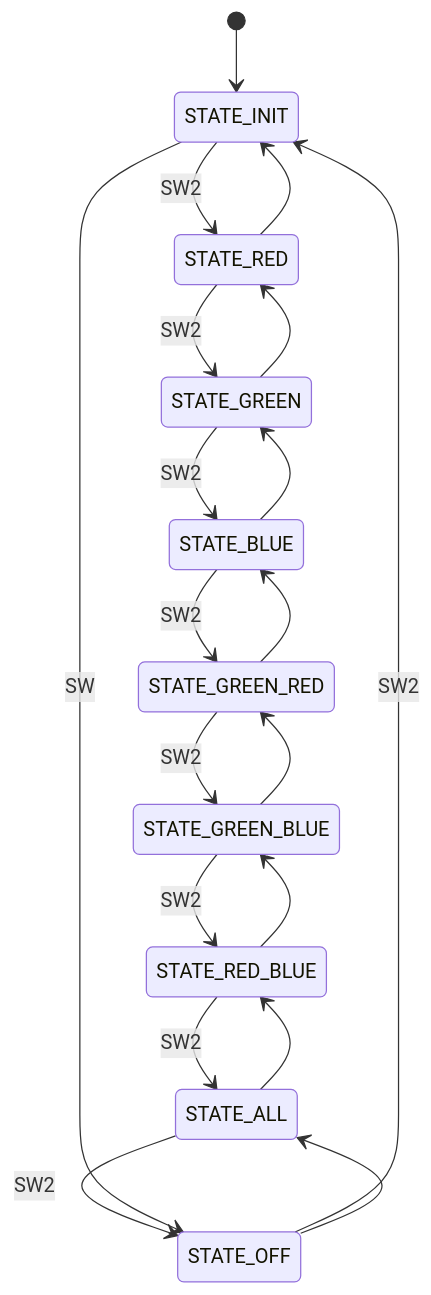
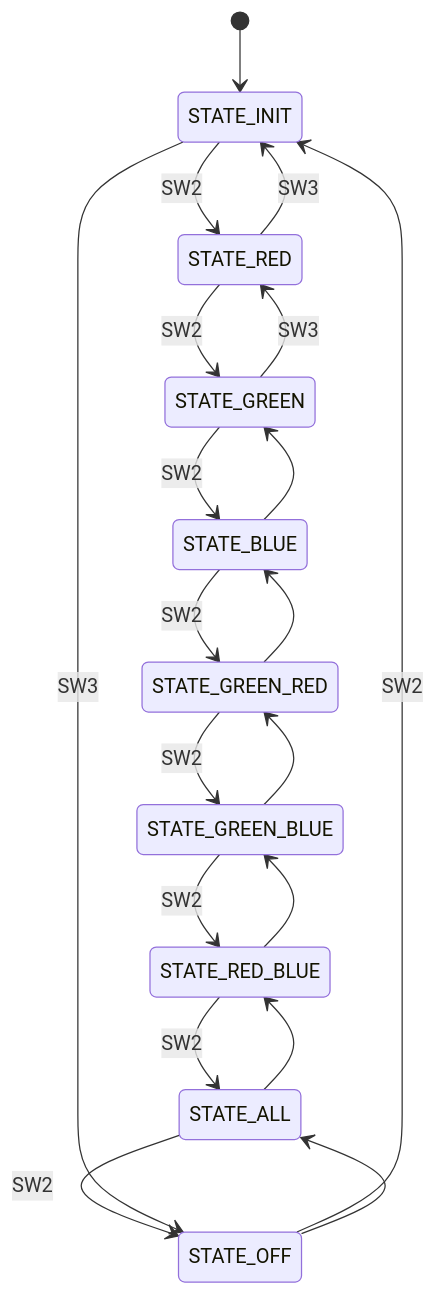
One commit to AngelMzno/iodraw-files changed the diagram in all/Mapa de Estado.md. Above: the diagram before and after it, drawn with Mermaid.

Commit message:
2024-09-03 19:56:23 update

````diff
--- a/all/Mapa de Estado.md
+++ b/all/Mapa de Estado.md
@@ -1,26 +1,26 @@
 ```mermaid
 stateDiagram-v2 
 [*]-->STATE_INIT 
 STATE_INIT -->  STATE_RED :SW2
 STATE_RED --> STATE_GREEN:SW2
 STATE_GREEN-->STATE_BLUE:SW2
 STATE_BLUE -->STATE_GREEN_RED:SW2
 STATE_GREEN_RED -->STATE_GREEN_BLUE:SW2
 STATE_GREEN_BLUE-->STATE_RED_BLUE:SW2
 STATE_RED_BLUE-->STATE_ALL:SW2
 STATE_ALL-->STATE_OFF:SW2
 STATE_OFF-->STATE_INIT:SW2
 
-STATE_INIT --> STATE_OFF:SW
-STATE_RED --> STATE_INIT
-STATE_GREEN-->STATE_RED
+STATE_INIT --> STATE_OFF:SW3
+STATE_RED --> STATE_INIT:SW3
+STATE_GREEN-->STATE_RED:SW3
 STATE_BLUE -->STATE_GREEN
 STATE_GREEN_RED -->STATE_BLUE
 STATE_GREEN_BLUE-->STATE_GREEN_RED
 STATE_RED_BLUE-->STATE_GREEN_BLUE
 STATE_ALL-->STATE_RED_BLUE
 STATE_OFF-->STATE_ALL
 
 
 
 ```
````
